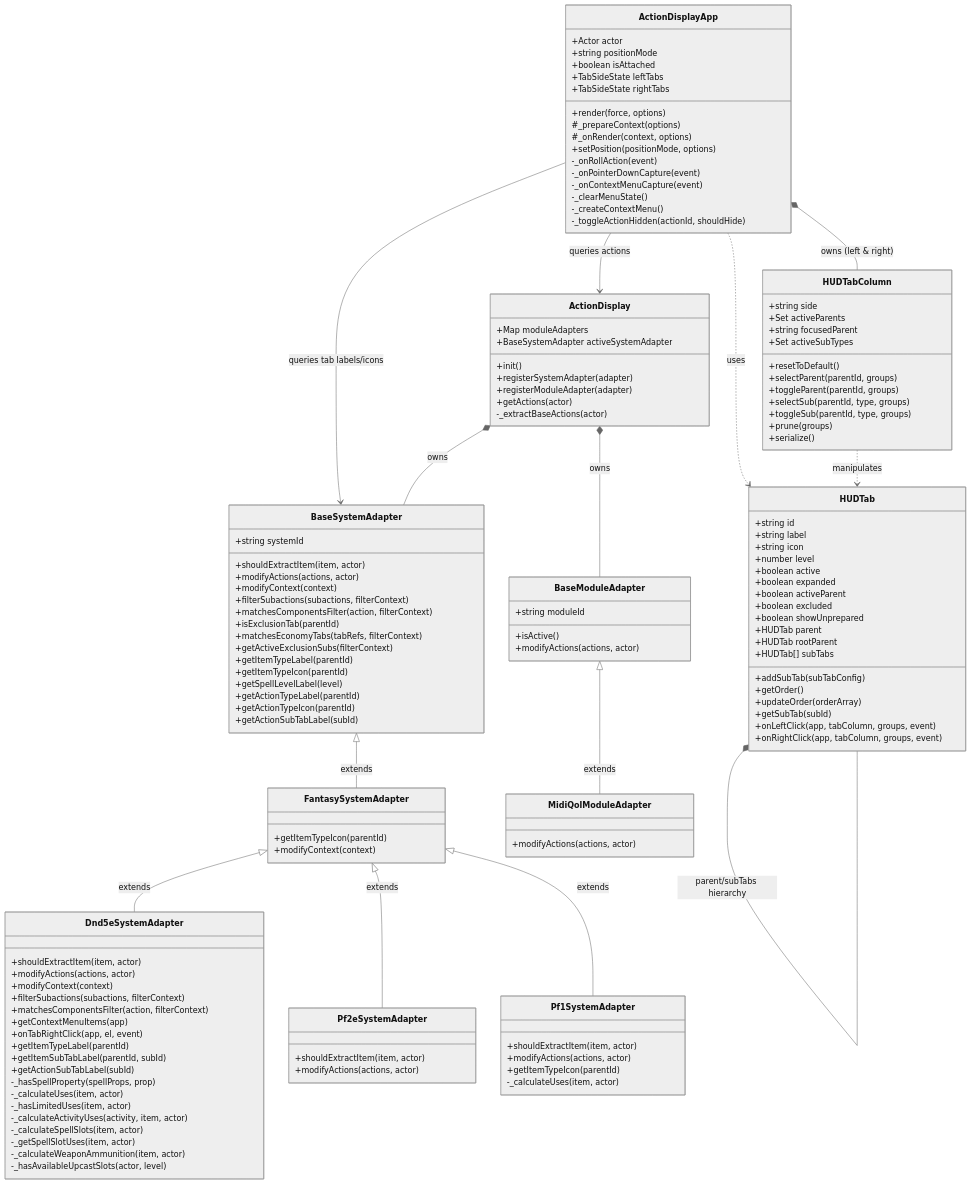
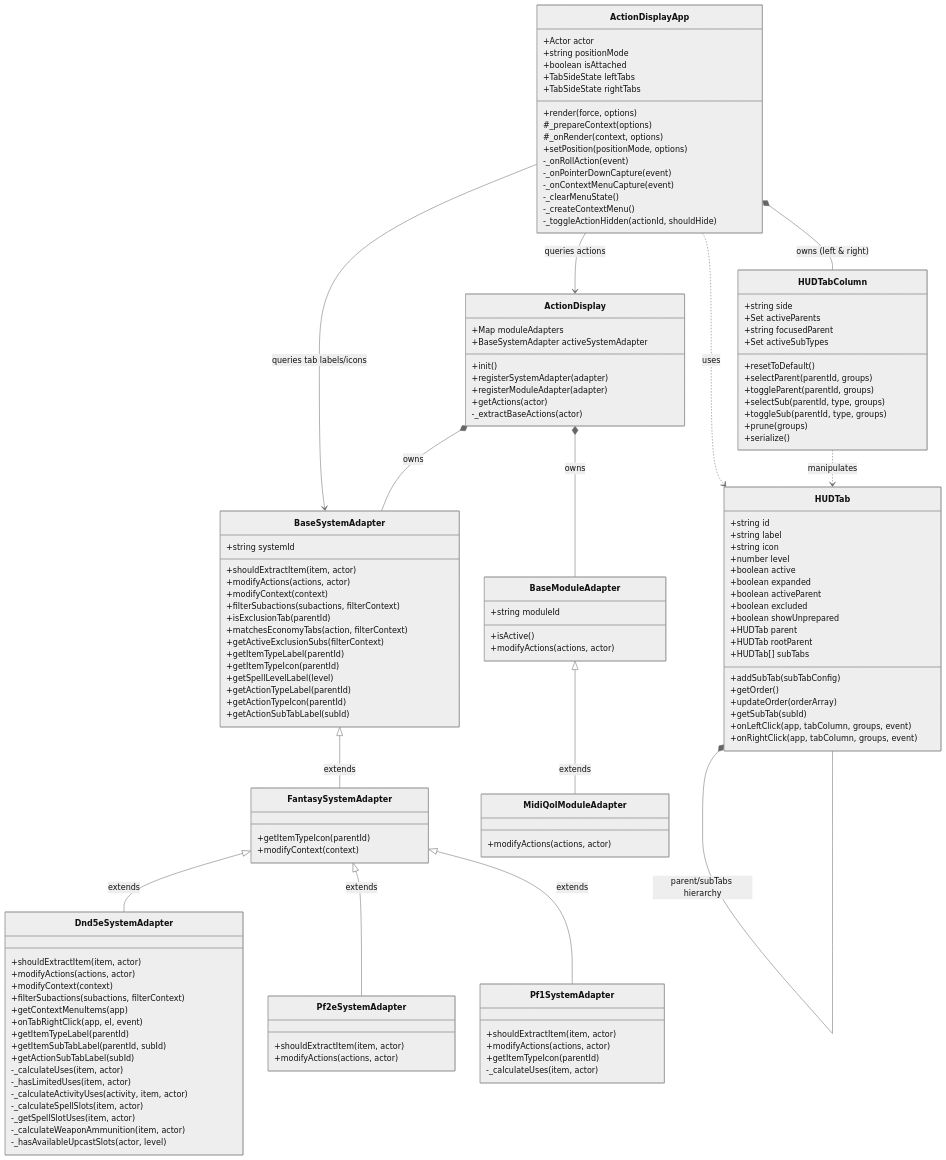
One commit to aljames-arctic/bakana-action-display changed the first of 3 diagrams in docs/architecture_guide.md. Above: the diagram before and after it, drawn with Mermaid (neutral theme). The commit also changed other lines of this file and 10 other files, not shown here.

```diff
--- a/docs/architecture_guide.md
+++ b/docs/architecture_guide.md
@@ -94,9 +94,8 @@
         +modifyActions(actions, actor)
         +modifyContext(context)
         +filterSubactions(subactions, filterContext)
-        +matchesComponentsFilter(action, filterContext)
         +isExclusionTab(parentId)
-        +matchesEconomyTabs(tabRefs, filterContext)
+        +matchesEconomyTabs(action, filterContext)
         +getActiveExclusionSubs(filterContext)
         +getItemTypeLabel(parentId)
         +getItemTypeIcon(parentId)
@@ -116,13 +115,11 @@
         +modifyActions(actions, actor)
         +modifyContext(context)
         +filterSubactions(subactions, filterContext)
-        +matchesComponentsFilter(action, filterContext)
         +getContextMenuItems(app)
         +onTabRightClick(app, el, event)
         +getItemTypeLabel(parentId)
         +getItemSubTabLabel(parentId, subId)
         +getActionSubTabLabel(subId)
-        -_hasSpellProperty(spellProps, prop)
         -_calculateUses(item, actor)
         -_hasLimitedUses(item, actor)
         -_calculateActivityUses(activity, item, actor)
```
